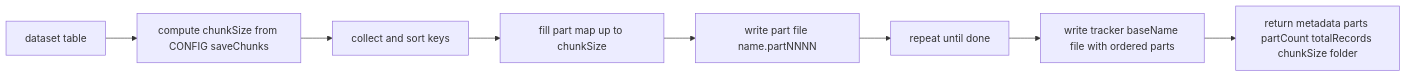
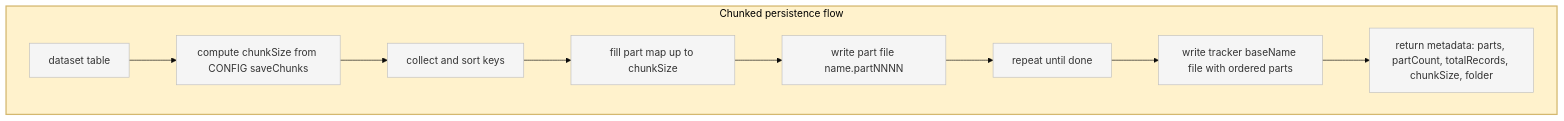
Before and after one commit to Gh0st352/AETHR: the first of 3 diagrams in docs/config/save_chunks.md, drawn with Mermaid. The commit also changed other lines of this file and 8 other files, not shown here.

First line of the commit message:
docs(config): enhance Mermaid diagrams with theme/layout

````diff
--- a/docs/config/save_chunks.md
+++ b/docs/config/save_chunks.md
@@ -29,10 +29,17 @@
 ```mermaid
-flowchart LR
-  DB[dataset table] --> CS[compute chunkSize from CONFIG saveChunks]
-  CS --> SK[collect and sort keys]
-  SK --> FILL[fill part map up to chunkSize]
-  FILL --> FLUSH[write part file name.partNNNN]
-  FLUSH --> REPEAT[repeat until done]
-  REPEAT --> TRACK[write tracker baseName file with ordered parts]
-  TRACK --> META[return metadata parts partCount totalRecords chunkSize folder]
+%%{init: {"theme":"base", "themeVariables":{"primaryColor":"#f5f5f5"}}}%%
+flowchart TB
+  subgraph CHUNK_FLOW [Chunked persistence flow]
+    style CHUNK_FLOW fill:#fff2cc,stroke:#d4b86f,stroke-width:2px
+    DB[dataset table] --> CS[compute chunkSize from CONFIG saveChunks]
+    CS --> SK[collect and sort keys]
+    SK --> FILL[fill part map up to chunkSize]
+    FILL --> FLUSH[write part file name.partNNNN]
+    FLUSH --> REPEAT[repeat until done]
+    REPEAT --> TRACK[write tracker baseName file with ordered parts]
+    TRACK --> META[return metadata: parts, partCount, totalRecords, chunkSize, folder]
+  end
+
+  classDef node fill:#f5f5f5,stroke:#bfbfbf
+  class DB,CS,SK,FILL,FLUSH,REPEAT,TRACK,META node
 ```
````
